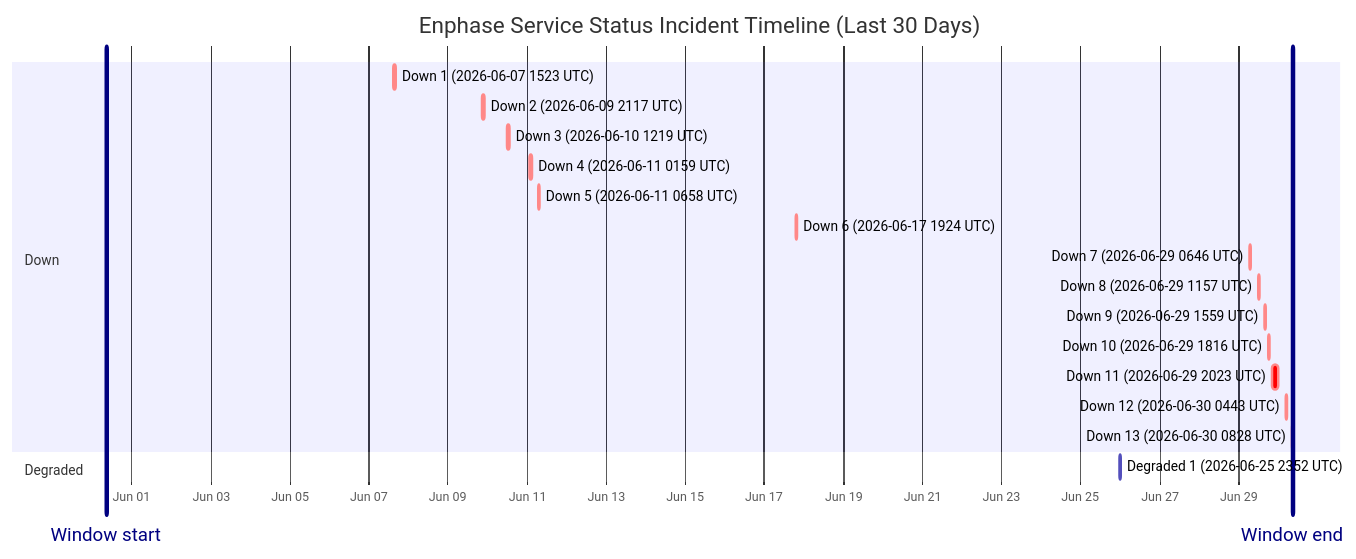
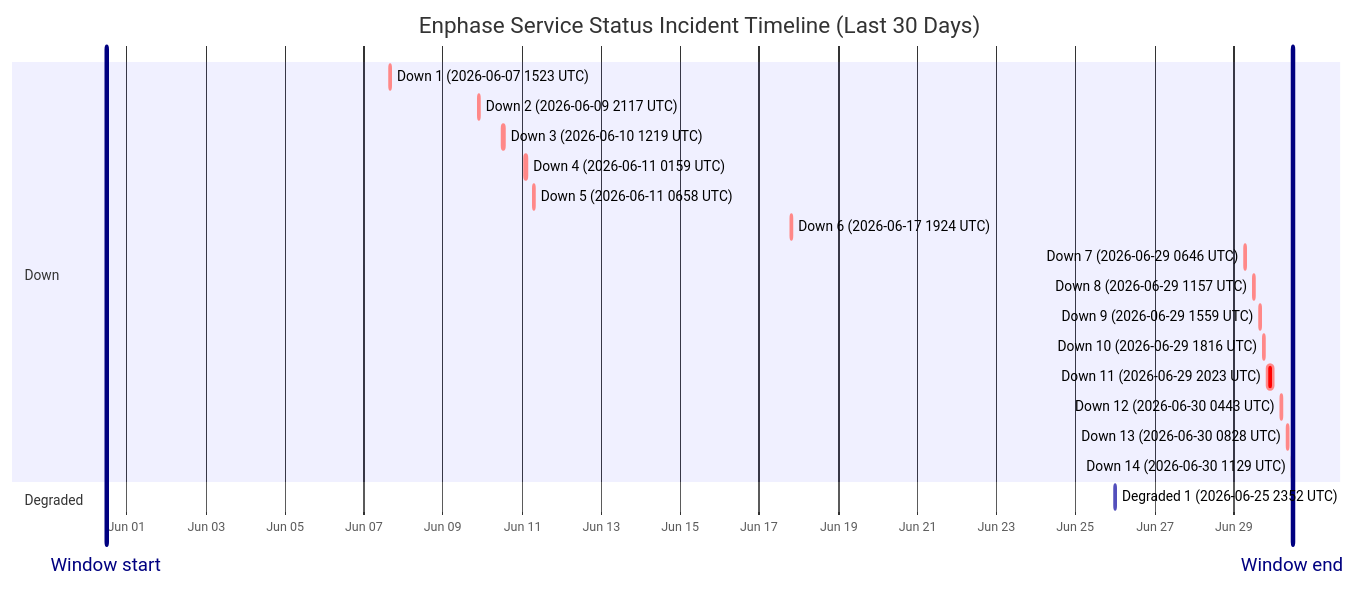
One commit to barneyonline/ha-enphase-energy changed the diagram in wiki/Service-Status-History.md. Above: the diagram before and after it, drawn with Mermaid. The commit also changed other lines of this file and 3 other files, not shown here.

````diff
--- a/wiki/Service-Status-History.md
+++ b/wiki/Service-Status-History.md
@@ -14,24 +14,25 @@
 ```mermaid
 gantt
     title Enphase Service Status Incident Timeline (Last 30 Days)
     dateFormat  YYYY-MM-DDTHH:mm:ss
     axisFormat  %b %d
-    Window start :vert, window-start, 2026-05-31T08:28:43, 0ms
-    Window end :vert, window-end, 2026-06-30T08:28:43, 0ms
+    Window start :vert, window-start, 2026-05-31T11:29:15, 0ms
+    Window end :vert, window-end, 2026-06-30T11:29:15, 0ms
     section Down
     Down 1 (2026-06-07 1523 UTC) :crit, down-1, 2026-06-07T15:23:22, 87m
     Down 2 (2026-06-09 2117 UTC) :crit, down-2, 2026-06-09T21:17:17, 60m
     Down 3 (2026-06-10 1219 UTC) :crit, down-3, 2026-06-10T12:19:21, 60m
     Down 4 (2026-06-11 0159 UTC) :crit, down-4, 2026-06-11T01:59:36, 60m
     Down 5 (2026-06-11 0658 UTC) :crit, down-5, 2026-06-11T06:58:45, 60m
     Down 6 (2026-06-17 1924 UTC) :crit, down-6, 2026-06-17T19:24:51, 60m
     Down 7 (2026-06-29 0646 UTC) :crit, down-7, 2026-06-29T06:46:18, 60m
     Down 8 (2026-06-29 1157 UTC) :crit, down-8, 2026-06-29T11:57:36, 60m
     Down 9 (2026-06-29 1559 UTC) :crit, down-9, 2026-06-29T15:59:02, 60m
     Down 10 (2026-06-29 1816 UTC) :crit, down-10, 2026-06-29T18:16:38, 60m
     Down 11 (2026-06-29 2023 UTC) :crit, down-11, 2026-06-29T20:23:16, 220m
     Down 12 (2026-06-30 0443 UTC) :crit, down-12, 2026-06-30T04:43:54, 60m
     Down 13 (2026-06-30 0828 UTC) :crit, down-13, 2026-06-30T08:28:43, 60m
+    Down 14 (2026-06-30 1129 UTC) :crit, down-14, 2026-06-30T11:29:15, 60m
     section Degraded
     Degraded 1 (2026-06-25 2352 UTC) :active, degraded-1, 2026-06-25T23:52:01, 60m
 ```
````
